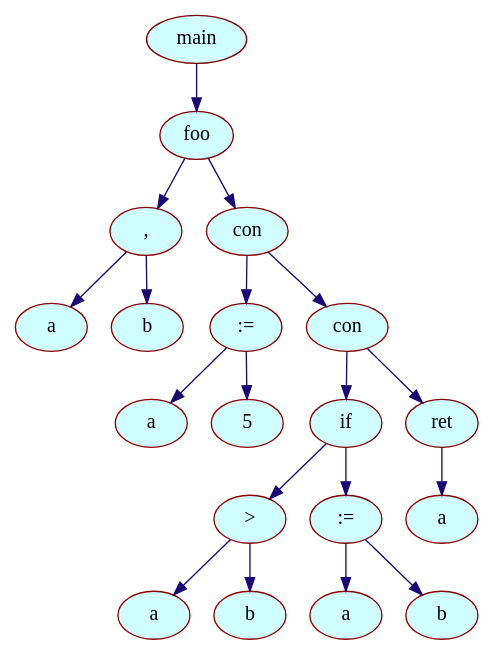
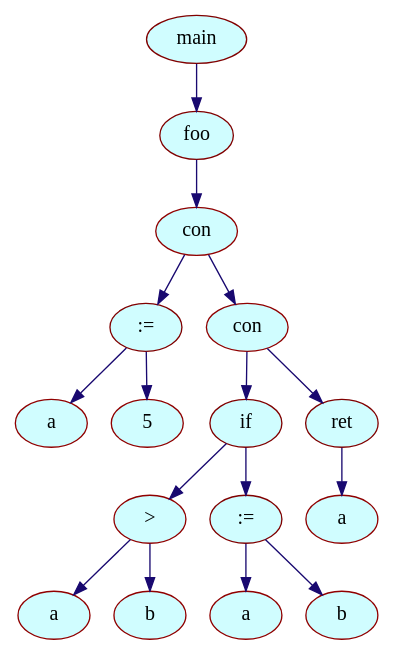
Before and after one commit to Agustangel/Language: the diagram in graphdump.dot, drawn with Graphviz. The commit also changed 4 other files, not shown here.

```diff
--- a/graphdump.dot
+++ b/graphdump.dot
@@ -1,60 +1,51 @@
 digraph {
 	node[shape = "cube", color = "#800000", fontsize = 15, style = "filled", fillcolor = "#88CEFA"];
 	edge[color = "#190970", fontsize = 11];
 
-		"main_0x562938cd70d0"[shape = "ellipse", label = "main", color="#800000",                                style="filled", fillcolor = "#D0FDFF"];
-		"main_0x562938cd70d0"->"foo_0x562938cd7050";
+		"main_0x564b59ea5010"[shape = "ellipse", label = "main", color="#800000",                                style="filled", fillcolor = "#D0FDFF"];
+		"main_0x564b59ea5010"->"foo_0x564b59ea4f90";
 
-		"foo_0x562938cd7050"[shape = "ellipse", label = "foo", color="#800000",                                style="filled", fillcolor = "#D0FDFF"];
-		"foo_0x562938cd7050"->",_0x562938cd6b10";
+		"foo_0x564b59ea4f90"[shape = "ellipse", label = "foo", color="#800000",                                style="filled", fillcolor = "#D0FDFF"];
+		"foo_0x564b59ea4f90"->"con_0x564b59ea4bd0";
 
-		",_0x562938cd6b10"[shape = "ellipse", label = ",", color="#900000",                                style="filled", fillcolor = "#D0FDFF"];
-		",_0x562938cd6b10"->"a_0x562938cd6a90";
+		"con_0x564b59ea4bd0"[shape = "ellipse", label = "con", color="#900000",                                style="filled", fillcolor = "#D0FDFF"];
+		"con_0x564b59ea4bd0"->":=_0x564b59ea4b50";
 
-		"a_0x562938cd6a90"[shape = "ellipse", label = "a", color="#900000", style="filled",                            fillcolor = "#D0FDFF"];
-		",_0x562938cd6b10"->"b_0x562938cd6b50";
+		":=_0x564b59ea4b50"[shape = "ellipse", label = ":=", color="#800000",                                style="filled", fillcolor = "#D0FDFF"];
+		":=_0x564b59ea4b50"->"a_0x564b59ea4b10";
 
-		"b_0x562938cd6b50"[shape = "ellipse", label = "b", color="#900000", style="filled",                            fillcolor = "#D0FDFF"];
-		"foo_0x562938cd7050"->"con_0x562938cd6cd0";
+		"a_0x564b59ea4b10"[shape = "ellipse", label = "a", color="#900000", style="filled",                            fillcolor = "#D0FDFF"];
+		":=_0x564b59ea4b50"->"5_0x564b59ea4ad0";
 
-		"con_0x562938cd6cd0"[shape = "ellipse", label = "con", color="#900000",                                style="filled", fillcolor = "#D0FDFF"];
-		"con_0x562938cd6cd0"->":=_0x562938cd6c50";
+		"5_0x564b59ea4ad0"[shape = "ellipse", label = "5", color="#900000", style="filled",                            fillcolor = "#D0FDFF"];
+		"con_0x564b59ea4bd0"->"con_0x564b59ea4e50";
 
-		":=_0x562938cd6c50"[shape = "ellipse", label = ":=", color="#800000",                                style="filled", fillcolor = "#D0FDFF"];
-		":=_0x562938cd6c50"->"a_0x562938cd6c10";
+		"con_0x564b59ea4e50"[shape = "ellipse", label = "con", color="#900000",                                style="filled", fillcolor = "#D0FDFF"];
+		"con_0x564b59ea4e50"->"if_0x564b59ea4dd0";
 
-		"a_0x562938cd6c10"[shape = "ellipse", label = "a", color="#900000", style="filled",                            fillcolor = "#D0FDFF"];
-		":=_0x562938cd6c50"->"5_0x562938cd6bd0";
+		"if_0x564b59ea4dd0"[shape = "ellipse", label = "if", color="#800000",                                style="filled", fillcolor = "#D0FDFF"];
+		"if_0x564b59ea4dd0"->">_0x564b59ea4c90";
 
-		"5_0x562938cd6bd0"[shape = "ellipse", label = "5", color="#900000", style="filled",                            fillcolor = "#D0FDFF"];
-		"con_0x562938cd6cd0"->"con_0x562938cd6f50";
+		">_0x564b59ea4c90"[shape = "ellipse", label = ">", color="#900000",                                style="filled", fillcolor = "#D0FDFF"];
+		">_0x564b59ea4c90"->"a_0x564b59ea4c10";
 
-		"con_0x562938cd6f50"[shape = "ellipse", label = "con", color="#900000",                                style="filled", fillcolor = "#D0FDFF"];
-		"con_0x562938cd6f50"->"if_0x562938cd6ed0";
+		"a_0x564b59ea4c10"[shape = "ellipse", label = "a", color="#900000", style="filled",                            fillcolor = "#D0FDFF"];
+		">_0x564b59ea4c90"->"b_0x564b59ea4c50";
 
-		"if_0x562938cd6ed0"[shape = "ellipse", label = "if", color="#800000",                                style="filled", fillcolor = "#D0FDFF"];
-		"if_0x562938cd6ed0"->">_0x562938cd6d90";
+		"b_0x564b59ea4c50"[shape = "ellipse", label = "b", color="#900000", style="filled",                            fillcolor = "#D0FDFF"];
+		"if_0x564b59ea4dd0"->":=_0x564b59ea4d90";
 
-		">_0x562938cd6d90"[shape = "ellipse", label = ">", color="#900000",                                style="filled", fillcolor = "#D0FDFF"];
-		">_0x562938cd6d90"->"a_0x562938cd6d10";
+		":=_0x564b59ea4d90"[shape = "ellipse", label = ":=", color="#800000",                                style="filled", fillcolor = "#D0FDFF"];
+		":=_0x564b59ea4d90"->"a_0x564b59ea4d50";
 
-		"a_0x562938cd6d10"[shape = "ellipse", label = "a", color="#900000", style="filled",                            fillcolor = "#D0FDFF"];
-		">_0x562938cd6d90"->"b_0x562938cd6d50";
+		"a_0x564b59ea4d50"[shape = "ellipse", label = "a", color="#900000", style="filled",                            fillcolor = "#D0FDFF"];
+		":=_0x564b59ea4d90"->"b_0x564b59ea4d10";
 
-		"b_0x562938cd6d50"[shape = "ellipse", label = "b", color="#900000", style="filled",                            fillcolor = "#D0FDFF"];
-		"if_0x562938cd6ed0"->":=_0x562938cd6e90";
+		"b_0x564b59ea4d10"[shape = "ellipse", label = "b", color="#900000", style="filled",                            fillcolor = "#D0FDFF"];
+		"con_0x564b59ea4e50"->		"ret_0x564b59ea4f10";
 
-		":=_0x562938cd6e90"[shape = "ellipse", label = ":=", color="#800000",                                style="filled", fillcolor = "#D0FDFF"];
-		":=_0x562938cd6e90"->"a_0x562938cd6e50";
+		"ret_0x564b59ea4f10"[shape = "ellipse", label = "ret", color="#800000",                                style="filled", fillcolor = "#D0FDFF"];
+		"ret_0x564b59ea4f10"->"a_0x564b59ea4e90";
 
-		"a_0x562938cd6e50"[shape = "ellipse", label = "a", color="#900000", style="filled",                            fillcolor = "#D0FDFF"];
-		":=_0x562938cd6e90"->"b_0x562938cd6e10";
-
-		"b_0x562938cd6e10"[shape = "ellipse", label = "b", color="#900000", style="filled",                            fillcolor = "#D0FDFF"];
-		"con_0x562938cd6f50"->		"ret_0x562938cd7010";
-
-		"ret_0x562938cd7010"[shape = "ellipse", label = "ret", color="#800000",                                style="filled", fillcolor = "#D0FDFF"];
-		"ret_0x562938cd7010"->"a_0x562938cd6f90";
-
-		"a_0x562938cd6f90"[shape = "ellipse", label = "a", color="#900000", style="filled",                            fillcolor = "#D0FDFF"];
+		"a_0x564b59ea4e90"[shape = "ellipse", label = "a", color="#900000", style="filled",                            fillcolor = "#D0FDFF"];
 }
```
